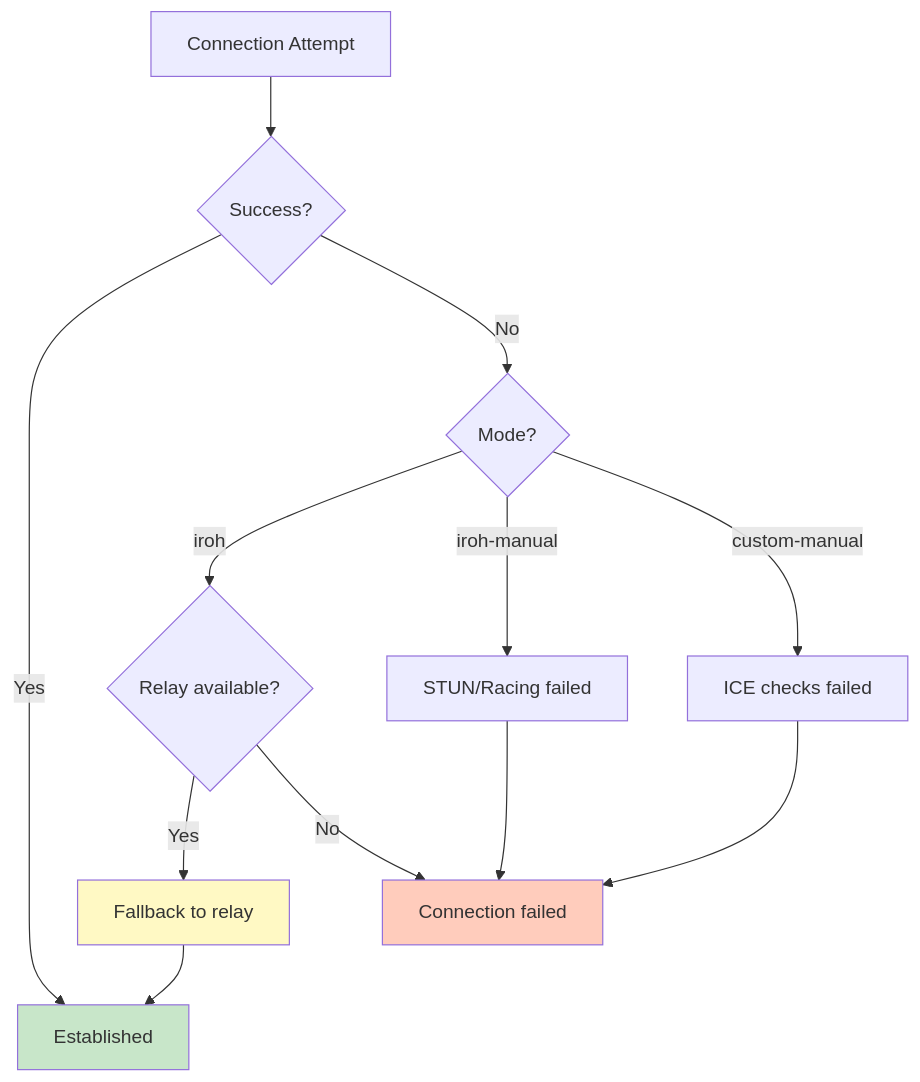
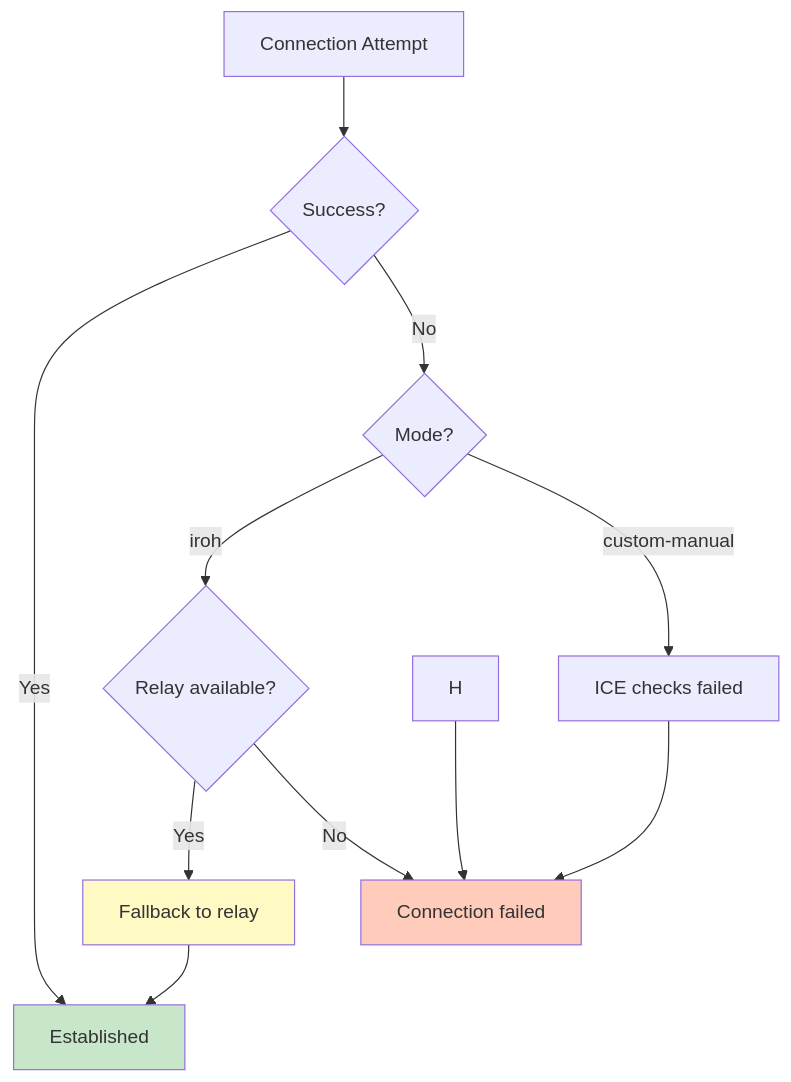
Before and after one commit to andrewtheguy/vpn-rs: diagram 35 of 36 in docs/ARCHITECTURE.md, drawn with Mermaid. The commit also changed other lines of this file and 14 other files, not shown here.

First line of the commit message:
Refactor: Remove iroh-manual mode and related configurations

````diff
--- a/docs/ARCHITECTURE.md
+++ b/docs/ARCHITECTURE.md
@@ -1670,21 +1465,20 @@
 ```mermaid
 graph TB
     A[Connection Attempt] --> B{Success?}
     B -->|Yes| C[Established]
     B -->|No| D{Mode?}
     
     D -->|iroh| E{Relay available?}
     E -->|Yes| F[Fallback to relay]
     E -->|No| G[Connection failed]
-    
-    D -->|iroh-manual| H[STUN/Racing failed]
+
     D -->|custom-manual| I[ICE checks failed]
     
     F --> C
     H --> G
     I --> G
     
     style C fill:#C8E6C9
     style F fill:#FFF9C4
     style G fill:#FFCCBC
 ```
````
